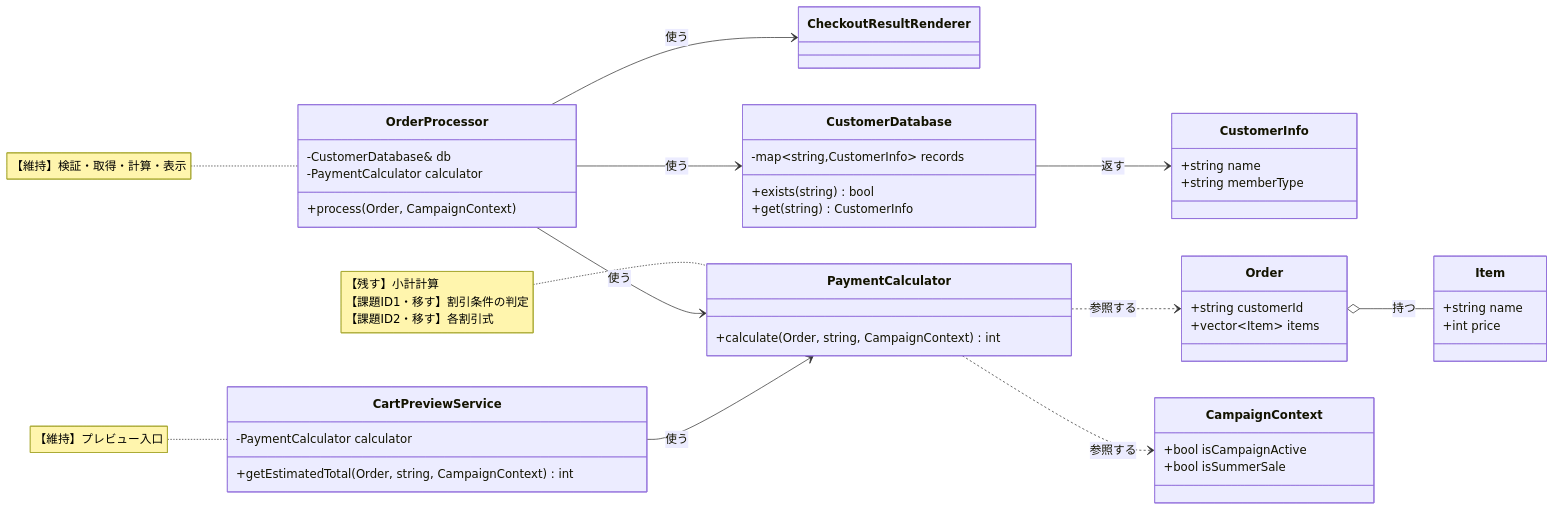
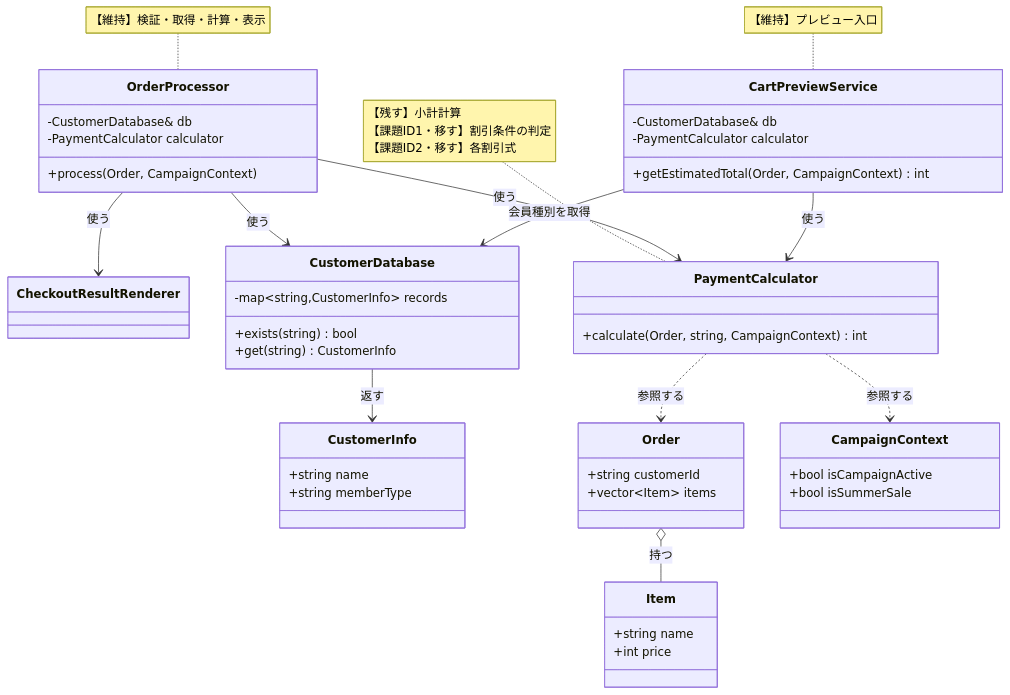
The tenth of 18 diagrams in kindle/design-patterns/output/chapter01.md (kumachan1101-pixel/DesignPattern), drawn with Mermaid before and after one commit. The commit also changed other lines of this file and 21 other files, not shown here.

````diff
--- a/kindle/design-patterns/output/chapter01.md
+++ b/kindle/design-patterns/output/chapter01.md
@@ -1363,54 +1373,56 @@
 ```mermaid
 classDiagram
-    direction LR
+    direction TB
     class CheckoutResultRenderer
     class CustomerDatabase {
         -map~string,CustomerInfo~ records
         +exists(string) bool
         +get(string) CustomerInfo
     }
     class CustomerInfo {
         +string name
         +string memberType
     }
     class OrderProcessor {
         -CustomerDatabase& db
         -PaymentCalculator calculator
         +process(Order, CampaignContext)
     }
     class PaymentCalculator {
         +calculate(Order, string, CampaignContext) int
     }
     class CartPreviewService {
+        -CustomerDatabase& db
         -PaymentCalculator calculator
-        +getEstimatedTotal(Order, string, CampaignContext) int
+        +getEstimatedTotal(Order, CampaignContext) int
     }
     class Order {
         +string customerId
         +vector~Item~ items
     }
     class Item {
         +string name
         +int price
     }
     class CampaignContext {
         +bool isCampaignActive
         +bool isSummerSale
     }
 
     OrderProcessor --> CustomerDatabase : 使う
     OrderProcessor --> PaymentCalculator : 使う
     OrderProcessor --> CheckoutResultRenderer : 使う
     CustomerDatabase --> CustomerInfo : 返す
+    CartPreviewService --> CustomerDatabase : 会員種別を取得
     CartPreviewService --> PaymentCalculator : 使う
     PaymentCalculator ..> Order : 参照する
     PaymentCalculator ..> CampaignContext : 参照する
     Order o-- Item : 持つ
 
     note for PaymentCalculator "【残す】小計計算<br/>【課題ID1・移す】割引条件の判定<br/>【課題ID2・移す】各割引式"
     note for OrderProcessor "【維持】検証・取得・計算・表示"
     note for CartPreviewService "【維持】プレビュー入口"
 
     classDef focus fill:#FFF2CC,stroke:#D6B656,stroke-width:2px,color:#222222
     cssClass "PaymentCalculator" focus
 ```
````
